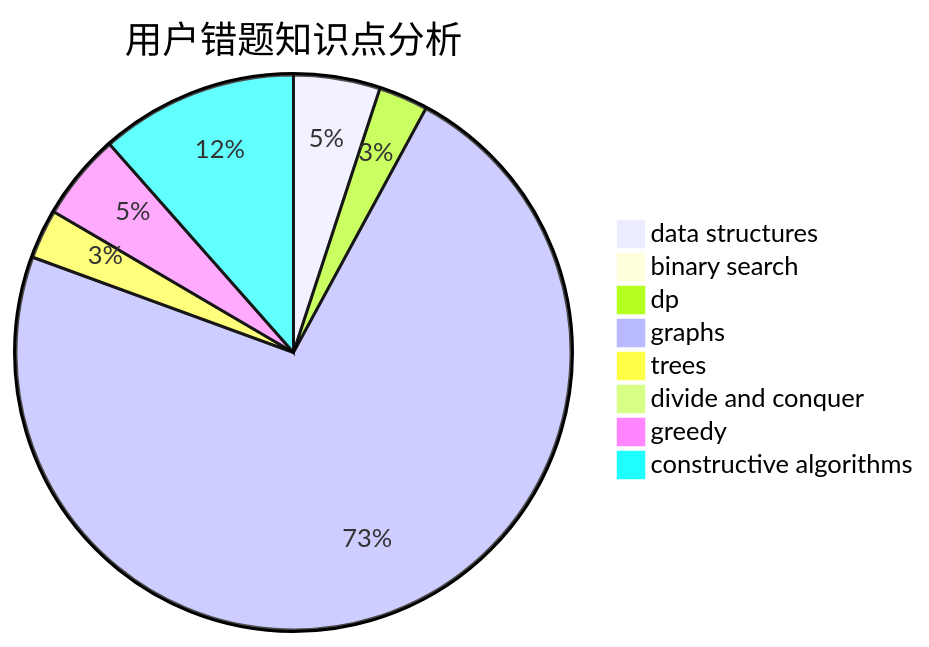
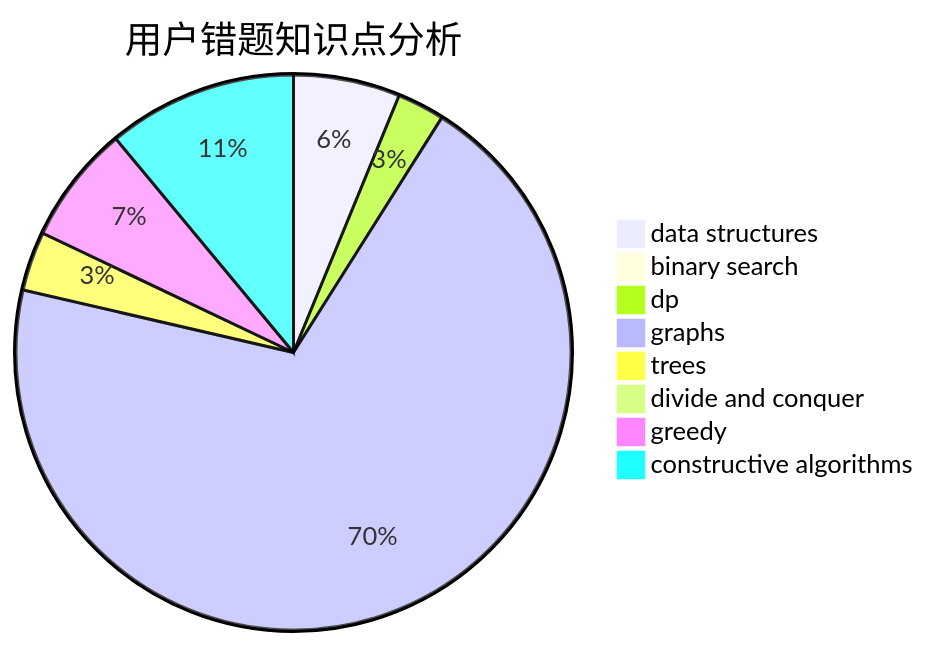
One commit to sherpahu/cfrs.github.io changed the third of 3 diagrams in docs/user/u608.md. Above: the diagram before and after it, drawn with Mermaid. The commit also changed other lines of this file and 2770 other files, not shown here.

````diff
--- a/docs/user/u608.md
+++ b/docs/user/u608.md
@@ -36,11 +36,11 @@
 ```mermaid
 pie title 用户错题知识点分析
-    "data structures" :  7
+    "data structures" :  9
     "binary search" :  0
     "dp" :  4
     "graphs" :  101
-    "trees" :  4
+    "trees" :  5
     "divide and conquer" :  0
-    "greedy" :  7
+    "greedy" :  10
     "constructive algorithms" :  16
 ```
````
